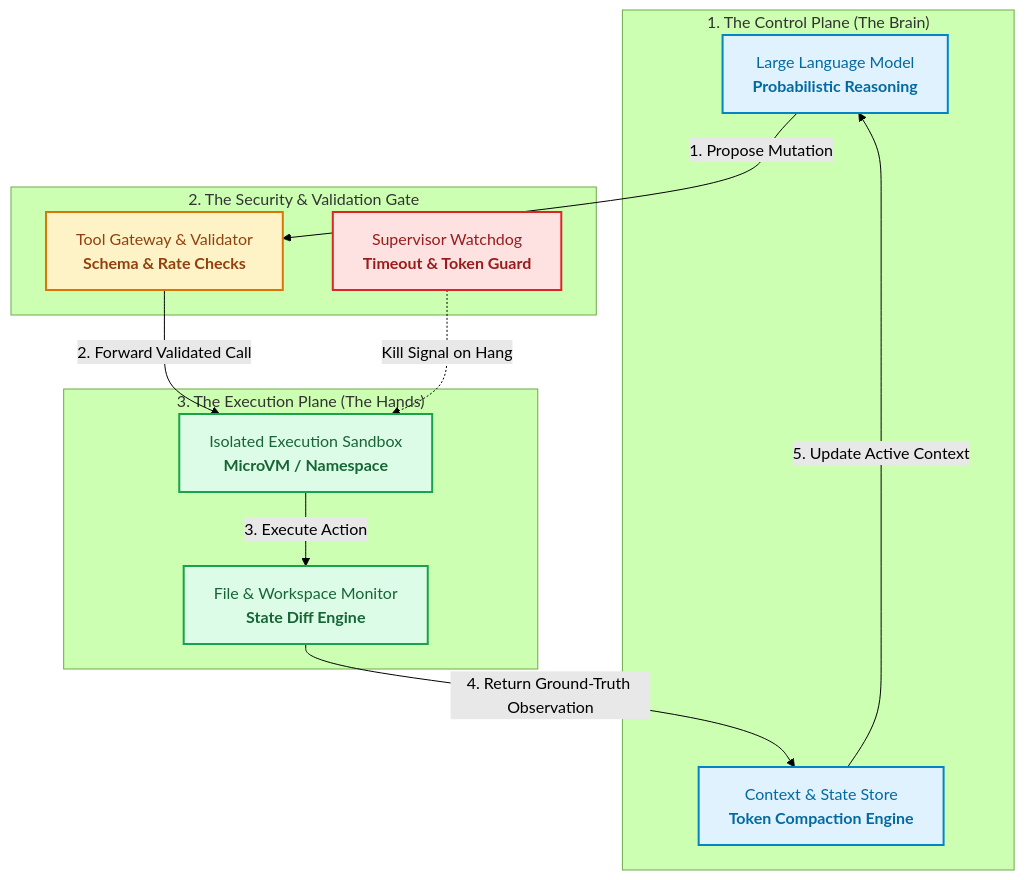
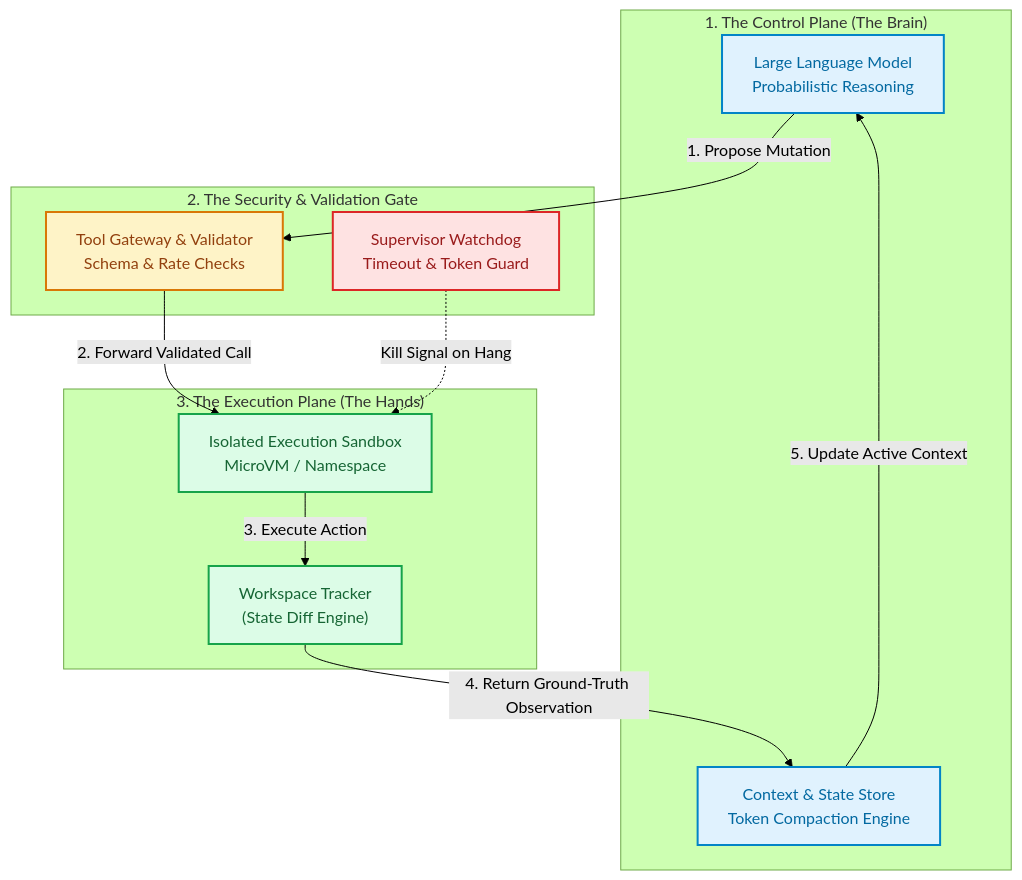
Before and after one commit to tharun15/gcloudcafe: the first of 4 diagrams in content/english/blog/beyond-the-prompt-inside-the-ai-agent-harness.md, drawn with Mermaid (forest theme). The commit also changed other lines of this file and 1 other file, not shown here.

Commit message:
fix(blog): remove raw b tags from Mermaid diagrams and simplify technical jargon

````diff
--- a/content/english/blog/beyond-the-prompt-inside-the-ai-agent-harness.md
+++ b/content/english/blog/beyond-the-prompt-inside-the-ai-agent-harness.md
@@ -122,29 +122,29 @@
 ```mermaid
 flowchart TD
     classDef brain fill:#E0F2FE,stroke:#0284C7,stroke-width:2px,color:#0369A1;
     classDef boundary fill:#FEF3C7,stroke:#D97706,stroke-width:2px,color:#92400E;
     classDef harness fill:#DCFCE7,stroke:#16A34A,stroke-width:2px,color:#166534;
     classDef alert fill:#FEE2E2,stroke:#DC2626,stroke-width:2px,color:#991B1B;
 
     subgraph ControlPlane ["1. The Control Plane (The Brain)"]
-        LLM["Large Language Model<br/><b>Probabilistic Reasoning</b>"]:::brain
-        ContextManager["Context & State Store<br/><b>Token Compaction Engine</b>"]:::brain
+        LLM["Large Language Model<br/>Probabilistic Reasoning"]:::brain
+        ContextManager["Context & State Store<br/>Token Compaction Engine"]:::brain
     end
 
     subgraph IsolationBarrier ["2. The Security & Validation Gate"]
-        Gateway["Tool Gateway & Validator<br/><b>Schema & Rate Checks</b>"]:::boundary
-        Watchdog["Supervisor Watchdog<br/><b>Timeout & Token Guard</b>"]:::alert
+        Gateway["Tool Gateway & Validator<br/>Schema & Rate Checks"]:::boundary
+        Watchdog["Supervisor Watchdog<br/>Timeout & Token Guard"]:::alert
     end
 
     subgraph ExecutionPlane ["3. The Execution Plane (The Hands)"]
-        Sandbox["Isolated Execution Sandbox<br/><b>MicroVM / Namespace</b>"]:::harness
-        FSWatcher["File & Workspace Monitor<br/><b>State Diff Engine</b>"]:::harness
+        Sandbox["Isolated Execution Sandbox<br/>MicroVM / Namespace"]:::harness
+        WorkspaceTracker["Workspace Tracker<br/>(State Diff Engine)"]:::harness
     end
 
     LLM -->|"1. Propose Mutation"| Gateway
     Gateway -->|"2. Forward Validated Call"| Sandbox
-    Sandbox -->|"3. Execute Action"| FSWatcher
-    FSWatcher -->|"4. Return Ground-Truth Observation"| ContextManager
+    Sandbox -->|"3. Execute Action"| WorkspaceTracker
+    WorkspaceTracker -->|"4. Return Ground-Truth Observation"| ContextManager
     ContextManager -->|"5. Update Active Context"| LLM
     Watchdog -.->|"Kill Signal on Hang"| Sandbox
 ```
````
